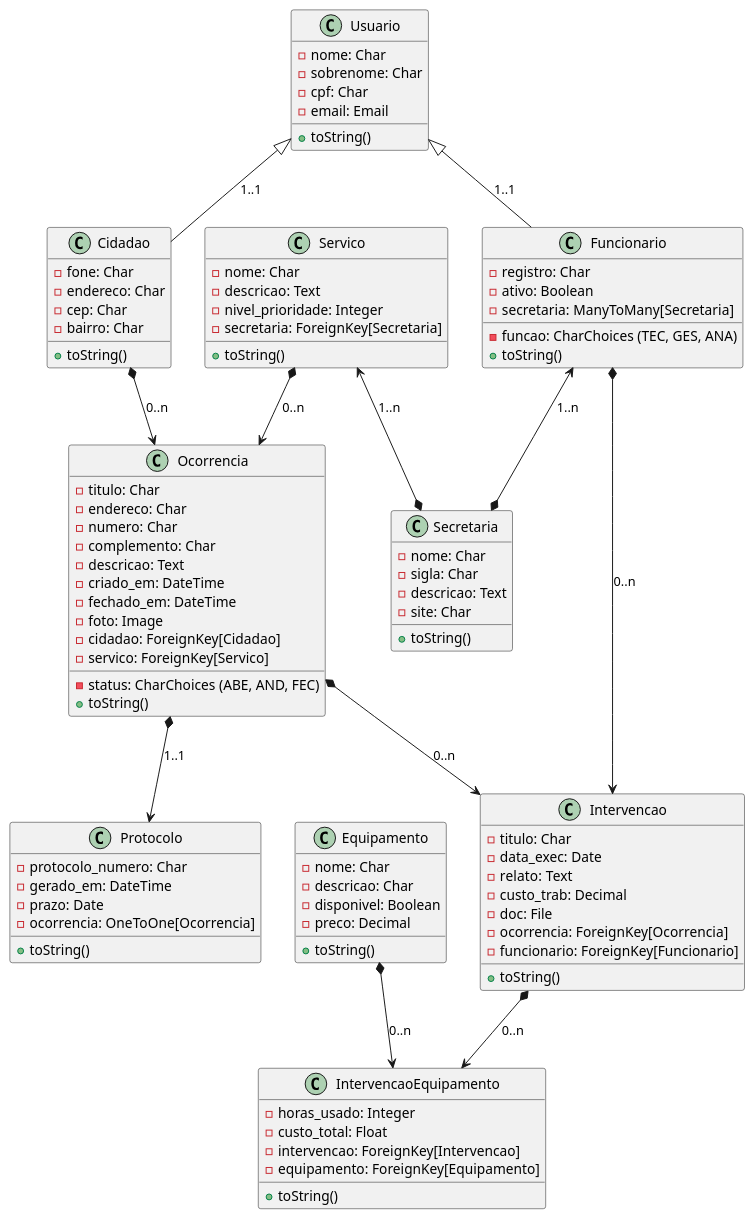
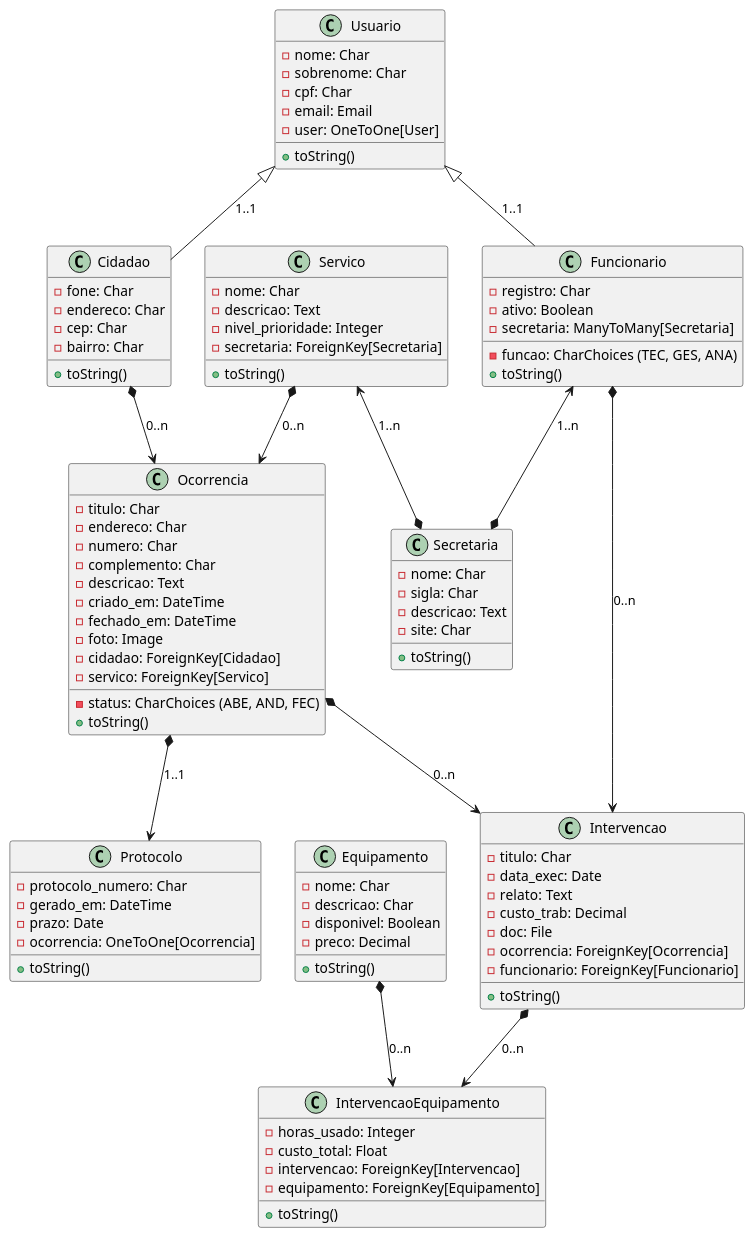
One commit to anleaes/2026-1-SDM-Segunda-Noite-ZS-04 changed the diagram in diagrama.wsd. Above: the diagram before and after it, drawn with PlantUML.

Commit message:
fix(diagrama): Ajuste em usuario

```diff
--- a/diagrama.wsd
+++ b/diagrama.wsd
@@ -1,117 +1,118 @@
 @startuml MeAjudaApp
 
 
 class Usuario {
     -nome: Char
     -sobrenome: Char
     -cpf: Char
     -email: Email
+    -user: OneToOne[User]
     +toString()
 }
 
 
 class Cidadao {
     -fone: Char
     -endereco: Char
     -cep: Char
     -bairro: Char
     +toString()
 }
 
 
 class Funcionario {
     -registro: Char
     -funcao: CharChoices (TEC, GES, ANA)
     -ativo: Boolean
     -secretaria: ManyToMany[Secretaria]
     +toString()
 }
 
 
 class Secretaria {
     -nome: Char
     -sigla: Char
     -descricao: Text
     -site: Char
     +toString()
 }
 
 
 class Servico {
     -nome: Char
     -descricao: Text
     -nivel_prioridade: Integer
     -secretaria: ForeignKey[Secretaria]
     +toString()
 }
 
 
 class Ocorrencia {
     -titulo: Char
     -endereco: Char
     -numero: Char
     -complemento: Char
     -descricao: Text
     -criado_em: DateTime
     -fechado_em: DateTime
     -status: CharChoices (ABE, AND, FEC)
     -foto: Image
     -cidadao: ForeignKey[Cidadao]
     -servico: ForeignKey[Servico]
     +toString()
 }
 
 
 class Intervencao {
     -titulo: Char
     -data_exec: Date
     -relato: Text
     -custo_trab: Decimal
     -doc: File
     -ocorrencia: ForeignKey[Ocorrencia]
     -funcionario: ForeignKey[Funcionario]
     +toString()
 }
 
 
 class Protocolo {
     -protocolo_numero: Char
     -gerado_em: DateTime
     -prazo: Date
     -ocorrencia: OneToOne[Ocorrencia]
     +toString()
 }
 
 
 class Equipamento {
     -nome: Char
     -descricao: Char
     -disponivel: Boolean
     -preco: Decimal
     +toString()
 }
 
 
 class IntervencaoEquipamento {
     -horas_usado: Integer
     -custo_total: Float
     -intervencao: ForeignKey[Intervencao]
     -equipamento: ForeignKey[Equipamento]
     +toString()
 }
 
 
 Servico <--* Secretaria : 1..n
 Funcionario <--* Secretaria : 1..n
 Servico *--> Ocorrencia : 0..n
 Cidadao *--> Ocorrencia : 0..n
 Ocorrencia *--> Intervencao : 0..n
 Ocorrencia *--> Protocolo : 1..1
 Funcionario *--> Intervencao : 0..n
 Intervencao *--> IntervencaoEquipamento : 0..n
 Equipamento *--> IntervencaoEquipamento : 0..n
 Cidadao -up-|> Usuario: 1..1
 Funcionario -up-|> Usuario: 1..1
 
 
 @enduml
```
